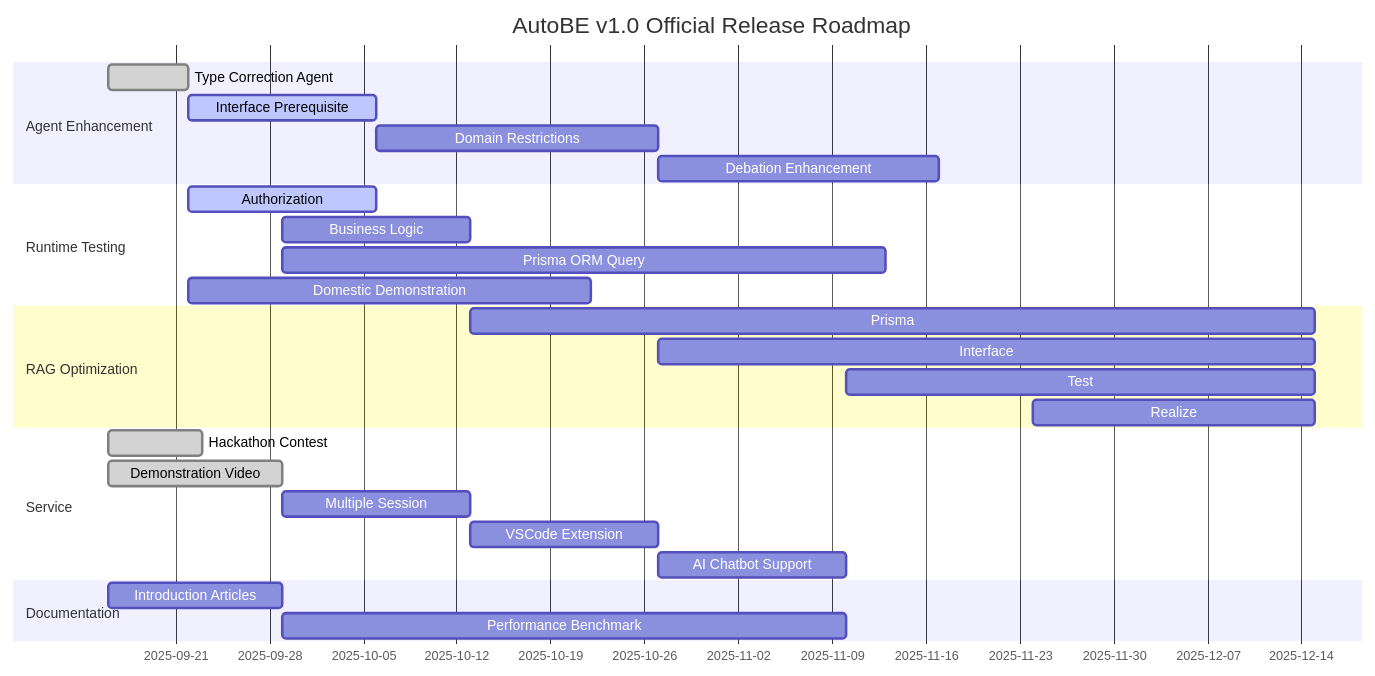
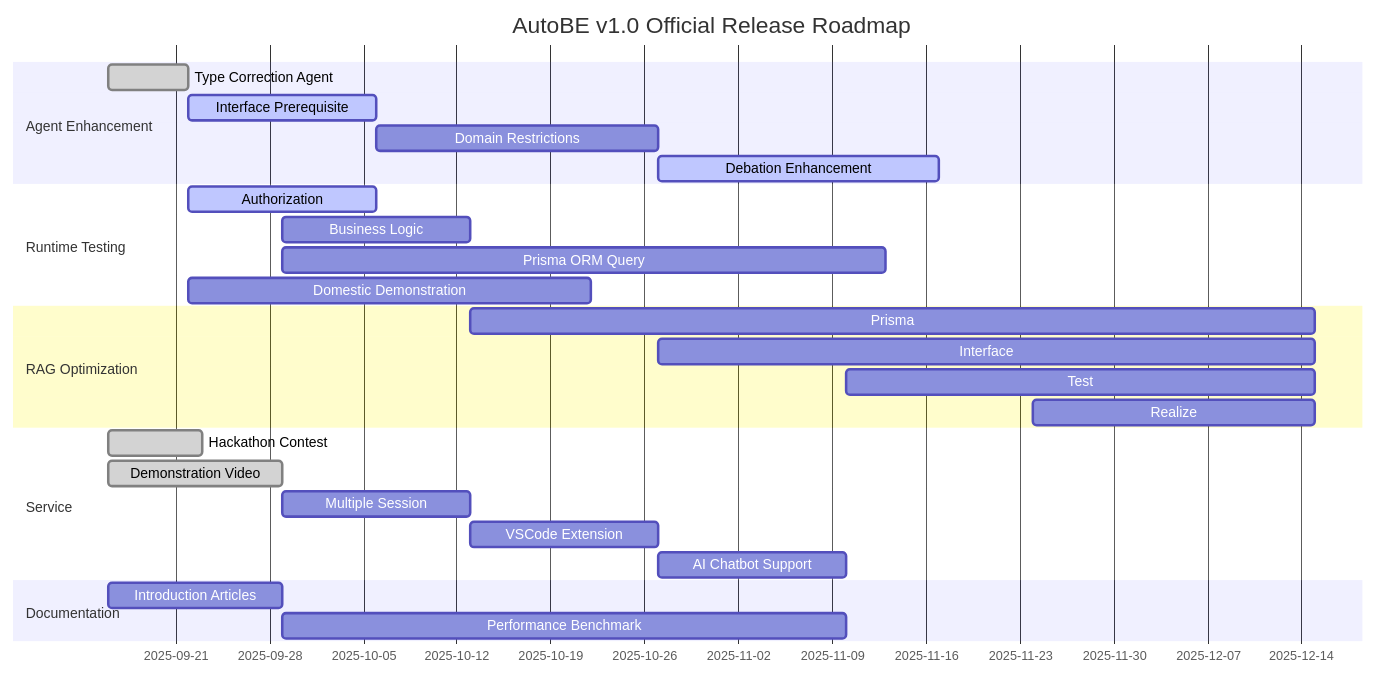
Before and after one commit to RavenView-ai/autobe: the diagram in website/src/content/docs/roadmap/v1.0.mdx, drawn with Mermaid.

Commit message:
active roadmap

````diff
--- a/website/src/content/docs/roadmap/v1.0.mdx
+++ b/website/src/content/docs/roadmap/v1.0.mdx
@@ -7,34 +7,34 @@
 ```mermaid
 gantt
   dateFormat YYYY-MM-DD
   title AutoBE v1.0 Official Release Roadmap
 
   section Agent Enhancement
   Type Correction Agent :   done,  2025-09-16,  6d
   Interface Prerequisite: active,  2025-09-22, 14d
   Domain Restrictions   : planned, 2025-10-06, 21d
-  Debation Enhancement  : planned, 2025-10-27, 21d
+  Debation Enhancement  : active,  2025-10-27, 21d
 
   section Runtime Testing
   Authorization         : active,  2025-09-22, 14d
   Business Logic        : planned, 2025-09-29, 14d
   Prisma ORM Query      : planned, 2025-09-29, 45d
   Domestic Demonstration: planned, 2025-09-22, 30d
 
   section RAG Optimization
   Prisma   : planned, 2025-10-13, 63d
   Interface: planned, 2025-10-27, 49d
   Test     : planned, 2025-11-10, 35d
   Realize  : planned, 2025-11-24, 21d
 
   section Service
   Hackathon Contest  : done,    2025-09-16,  7d
   Demonstration Video: done,    2025-09-16, 13d
   Multiple Session   : planned, 2025-09-29, 14d
   VSCode Extension   : planned, 2025-10-13, 14d
   AI Chatbot Support : planned, 2025-10-27, 14d
 
   section Documentation
   Introduction Articles: 2025-09-16, 13d
   Performance Benchmark: 2025-09-29, 42d
 ```
````
